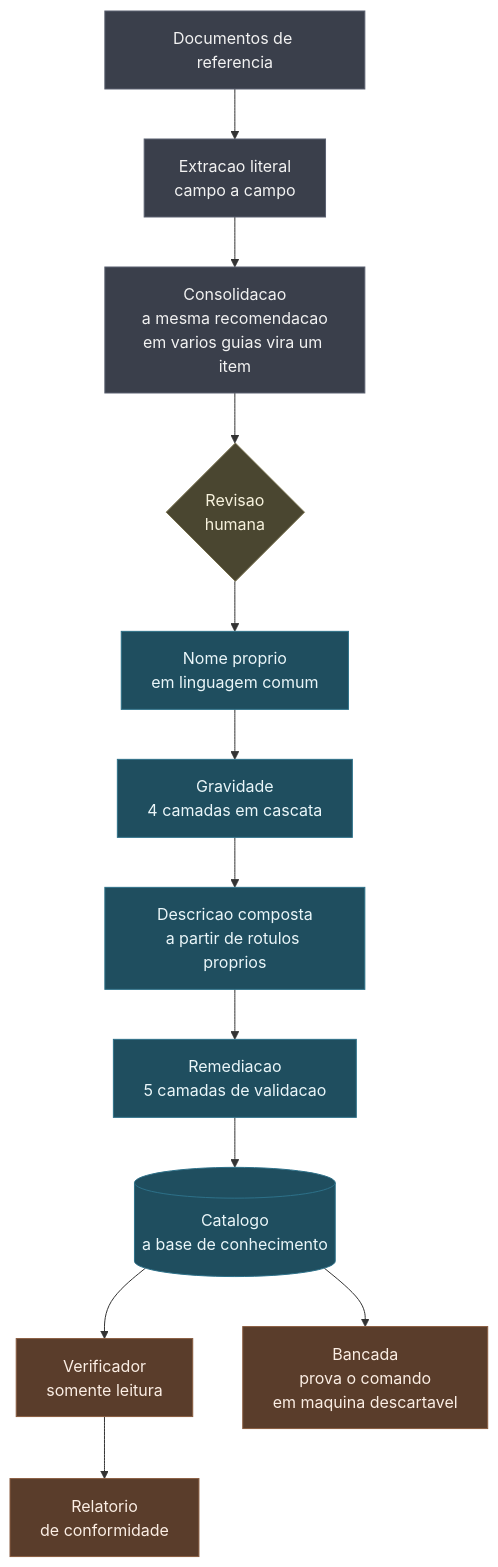
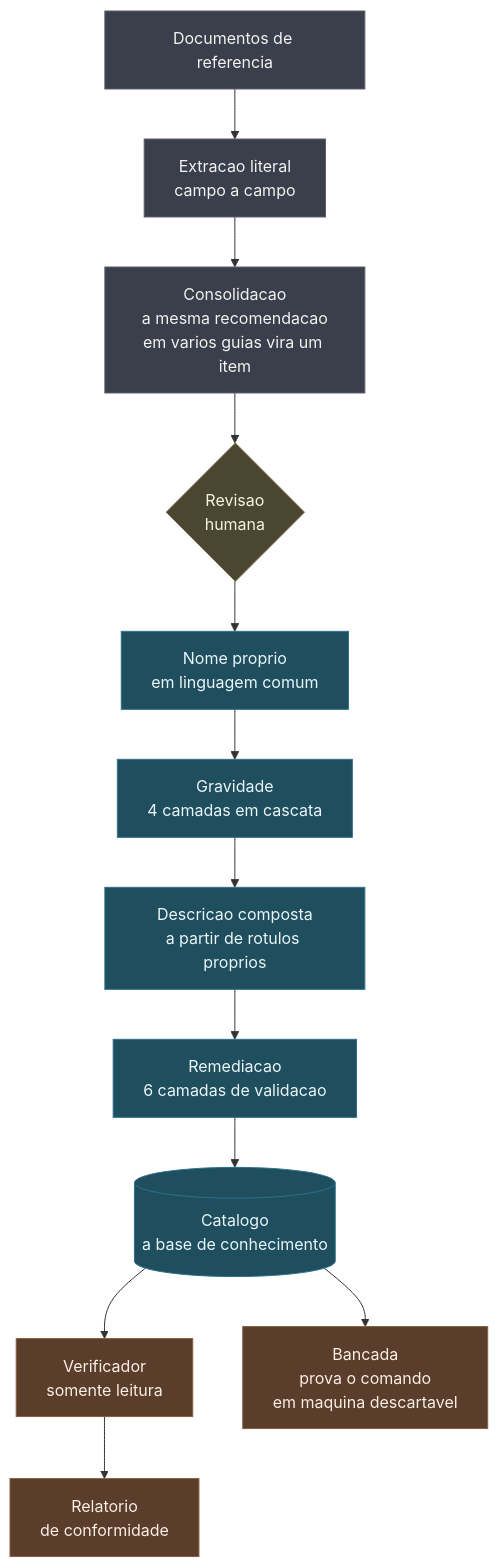
The diagram in README.pt-BR.md (Alisson-P/hardening-engine), drawn with Mermaid before and after one commit. The commit also changed other lines of this file and 1 other file, not shown here.

Commit message:
Numeros atualizados do verificador e da validacao

````diff
--- a/README.pt-BR.md
+++ b/README.pt-BR.md
@@ -78,24 +78,24 @@
 ```mermaid
 flowchart TD
     DOC["Documentos de referencia"] --> EXT["Extracao literal<br/>campo a campo"]
     EXT --> CON["Consolidacao<br/>a mesma recomendacao<br/>em varios guias vira um item"]
     CON --> REV{"Revisao<br/>humana"}
     REV --> NOME["Nome proprio<br/>em linguagem comum"]
     NOME --> SEV["Gravidade<br/>4 camadas em cascata"]
     SEV --> DES["Descricao composta<br/>a partir de rotulos proprios"]
-    DES --> REM["Remediacao<br/>5 camadas de validacao"]
+    DES --> REM["Remediacao<br/>6 camadas de validacao"]
     REM --> CAT[("Catalogo<br/>a base de conhecimento")]
     CAT --> SCA["Verificador<br/>somente leitura"]
     CAT --> BAN["Bancada<br/>prova o comando<br/>em maquina descartavel"]
     SCA --> REL["Relatorio<br/>de conformidade"]
 
     classDef origem fill:#3a3f4b,color:#f2f2f2,stroke:#5a6070
     classDef proprio fill:#1f4e5f,color:#eaf6f9,stroke:#2e7189
     classDef entrega fill:#5a3d2b,color:#fbeee4,stroke:#8a5d41
     classDef decisao fill:#4a4630,color:#f7f2dd,stroke:#7a7350
 
     class DOC,EXT,CON origem
     class NOME,SEV,DES,REM,CAT proprio
     class REV decisao
     class SCA,BAN,REL entrega
 ```
````
